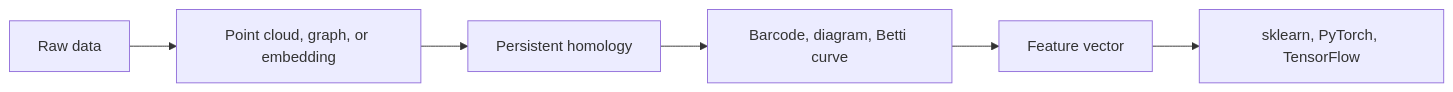
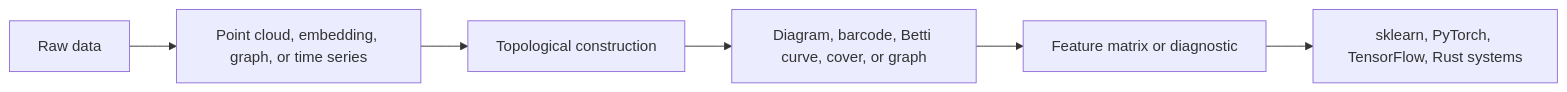
Before and after one commit to teerthsharma/topological-ml-toolkit: the diagram in docs/index.md, drawn with Mermaid. The commit also changed other lines of this file and 26 other files, not shown here.

````diff
--- a/docs/index.md
+++ b/docs/index.md
@@ -11,8 +15,8 @@
 ```mermaid
 flowchart LR
-  A["Raw data"] --> B["Point cloud, graph, or embedding"]
-  B --> C["Persistent homology"]
-  C --> D["Barcode, diagram, Betti curve"]
-  D --> E["Feature vector"]
-  E --> F["sklearn, PyTorch, TensorFlow"]
+  A["Raw data"] --> B["Point cloud, embedding, graph, or time series"]
+  B --> C["Topological construction"]
+  C --> D["Diagram, barcode, Betti curve, cover, or graph"]
+  D --> E["Feature matrix or diagnostic"]
+  E --> F["sklearn, PyTorch, TensorFlow, Rust systems"]
 ```
````
